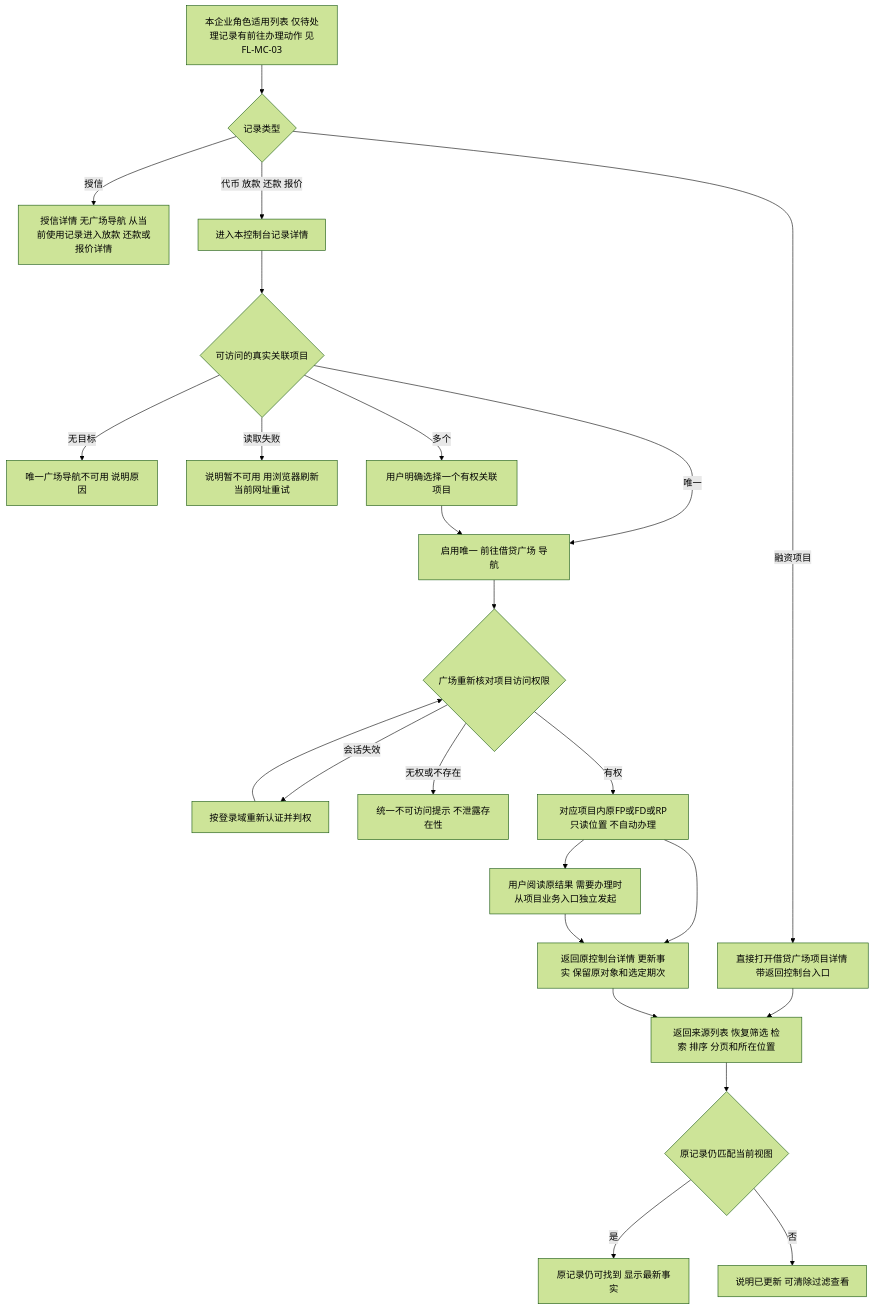
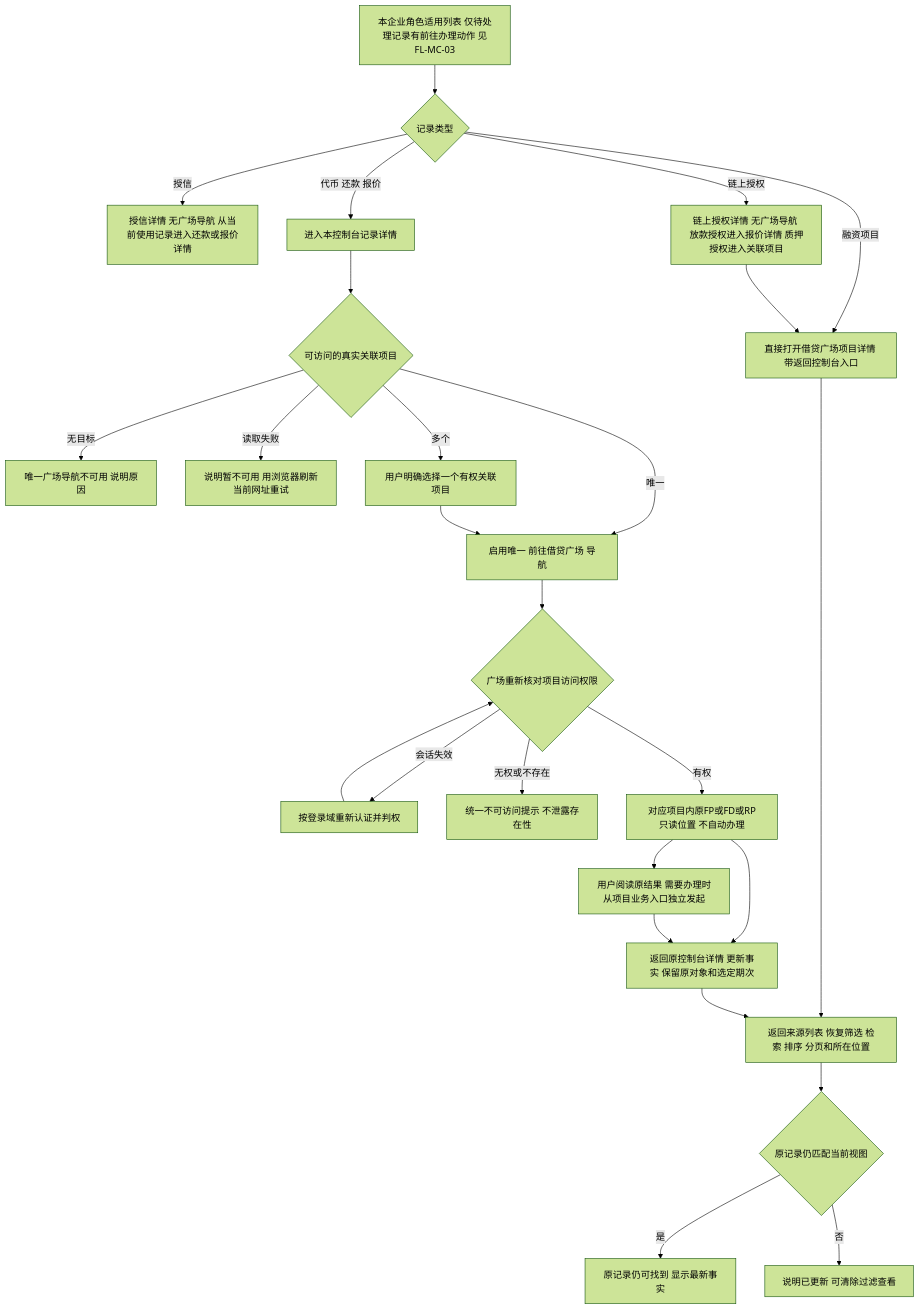
Before and after one commit to wxblockchain/Chain-Financing: the second of 15 diagrams in lending-platform/PRD/面客端/09-我的控制台/02-我的控制台-流程图与状态机.md, drawn with Mermaid (forest theme). The commit also changed other lines of this file and 5 other files, not shown here.

First line of the commit message:
prd(WS-450): console follows the on-chain flow; approvals list; disbursement info on repayment list

````diff
--- a/lending-platform/PRD/面客端/09-我的控制台/02-我的控制台-流程图与状态机.md
+++ b/lending-platform/PRD/面客端/09-我的控制台/02-我的控制台-流程图与状态机.md
@@ -56,26 +59,28 @@
 ```mermaid
 flowchart TD
   A[本企业角色适用列表 仅待处理记录有前往办理动作 见FL-MC-03] --> A1{记录类型}
   A1 -- 融资项目 --> G1[直接打开借贷广场项目详情 带返回控制台入口]
   G1 --> N
-  A1 -- 授信 --> B1[授信详情 无广场导航 从当前使用记录进入放款 还款或报价详情]
-  A1 -- 代币 放款 还款 报价 --> B[进入本控制台记录详情]
+  A1 -- 授信 --> B1[授信详情 无广场导航 从当前使用记录进入还款或报价详情]
+  A1 -- 链上授权 --> B2[链上授权详情 无广场导航 放款授权进入报价详情 质押授权进入关联项目]
+  B2 --> G1
+  A1 -- 代币 还款 报价 --> B[进入本控制台记录详情]
   B --> C{可访问的真实关联项目}
   C -- 无目标 --> D[唯一广场导航不可用 说明原因]
   C -- 读取失败 --> E[说明暂不可用 用浏览器刷新当前网址重试]
   C -- 多个 --> F[用户明确选择一个有权关联项目]
   C -- 唯一 --> G[启用唯一 前往借贷广场 导航]
   F --> G
   G --> H{广场重新核对项目访问权限}
   H -- 会话失效 --> I[按登录域重新认证并判权]
   I --> H
   H -- 无权或不存在 --> J[统一不可访问提示 不泄露存在性]
   H -- 有权 --> K[对应项目内原FP或FD或RP只读位置 不自动办理]
   K --> L[用户阅读原结果 需要办理时从项目业务入口独立发起]
   K --> M[返回原控制台详情 更新事实 保留原对象和选定期次]
   L --> M
   M --> N[返回来源列表 恢复筛选 检索 排序 分页和所在位置]
   N --> O{原记录仍匹配当前视图}
   O -- 是 --> P[原记录仍可找到 显示最新事实]
   O -- 否 --> Q[说明已更新 可清除过滤查看]
 ```
````
